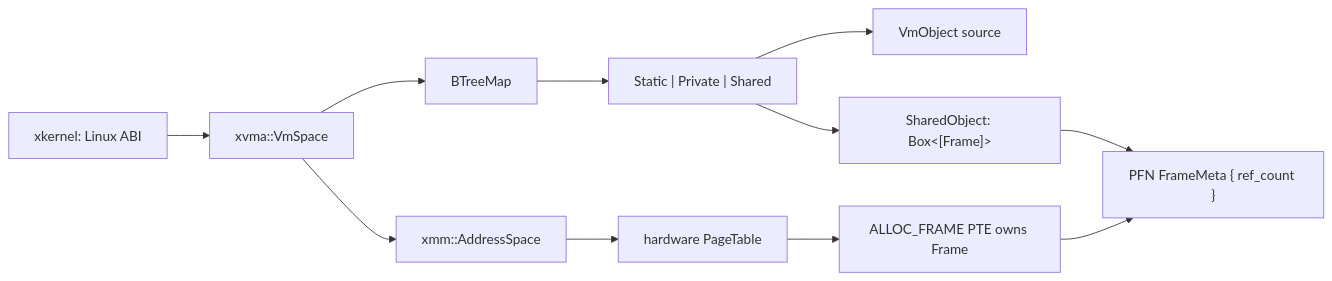
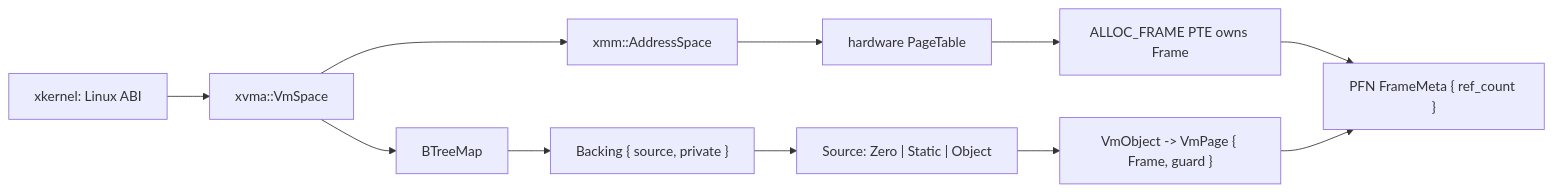
Before and after one commit to Anekoique/StarryX: the diagram in docs/StarryX/mm.md, drawn with Mermaid. The commit also changed other lines of this file and 73 other files, not shown here.

````diff
--- a/docs/StarryX/mm.md
+++ b/docs/StarryX/mm.md
@@ -3,13 +3,13 @@
 ```mermaid
 flowchart LR
     K["xkernel: Linux ABI"] --> V["xvma::VmSpace"]
     V --> A["BTreeMap<VmArea>"]
     V --> X["xmm::AddressSpace"]
-    A --> B["Static | Private | Shared"]
-    B --> O["VmObject source"]
-    B --> S["SharedObject: Box<[Frame]>"]
+    A --> B["Backing { source, private }"]
+    B --> O["Source: Zero | Static | Object"]
+    O --> S["VmObject -> VmPage { Frame, guard }"]
     X --> P["hardware PageTable"]
     P --> E["ALLOC_FRAME PTE owns Frame"]
     E --> M["PFN FrameMeta { ref_count }"]
     S --> M
 ```
````
